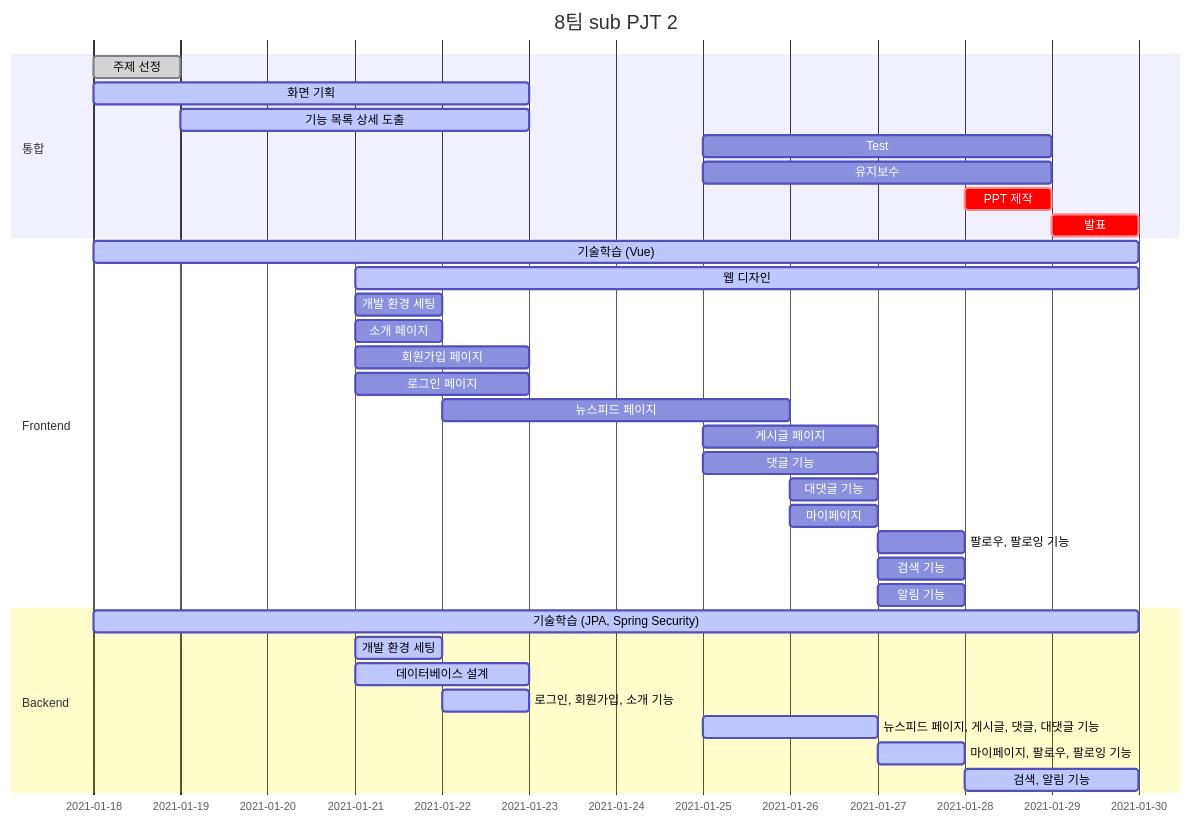
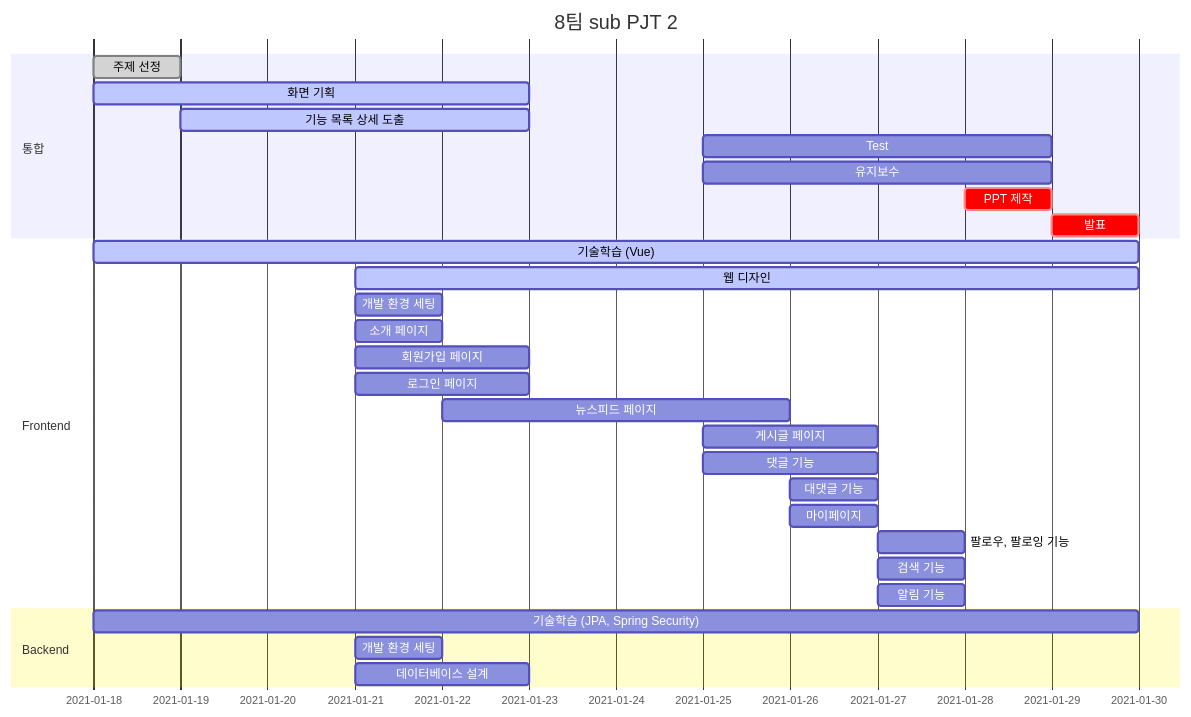
One commit to mingddo/3PM changed the diagram in README.md. Above: the diagram before and after it, drawn with Mermaid.

````diff
--- a/README.md
+++ b/README.md
@@ -16,39 +16,35 @@
 ```mermaid
 gantt
     dateFormat  YYYY-MM-DD
     title       8팀 sub PJT 2
 
     section 통합
     주제 선정 :done,    2021-01-18, 1d
     화면 기획 :active,    2021-01-18, 5d
     기능 목록 상세 도출 :active,  2021-01-19, 4d
     Test :after, 2021-01-25, 4d
     유지보수 :after, 2021-01-25, 4d
     PPT 제작 :crit, after, 2021-01-28, 1d
     발표 :crit, after, 2021-01-29, 1d
     
     section Frontend
     기술학습 (Vue) :active, 2021-01-18, 12d
     웹 디자인 :active, 2021-01-21, 9d
     개발 환경 세팅 :after, 2021-01-21, 1d
     소개 페이지 :after, 2021-01-21, 1d
     회원가입 페이지 :after, 2021-01-21, 2d
     로그인 페이지 :after, 2021-01-21, 2d
     뉴스피드 페이지 :after, 2021-01-22, 4d
     게시글 페이지 :after, 2021-01-25, 2d
     댓글 기능 :after, 2021-01-25, 2d
     대댓글 기능 :after, 2021-01-26, 1d
     마이페이지 :after, 2021-01-26, 1d
     팔로우, 팔로잉 기능 :after, 2021-01-27, 1d
     검색 기능 :after, 2021-01-27, 1d
     알림 기능 :after, 2021-01-27, 1d
 
     section Backend
-    기술학습 (JPA, Spring Security)  :active, 2021-01-18, 12d
-    개발 환경 세팅 : active, 2021-01-21, 1d
-    데이터베이스 설계   : active, 2021-01-21, 2d
-    로그인, 회원가입, 소개 기능   :active, 2021-01-22, 1d
-    뉴스피드 페이지, 게시글, 댓글, 대댓글 기능    :active, 2021-01-25, 2d
-    마이페이지, 팔로우, 팔로잉 기능 :active, 2021-01-27, 1d
-    검색, 알림 기능 :active, 2021-01-28, 2d
+    기술학습 (JPA, Spring Security) :after, 2021-01-18, 12d
+    개발 환경 세팅 :after, 2021-01-21, 1d
+    데이터베이스 설계 :after, 2021-01-21, 2d
 ```
````
